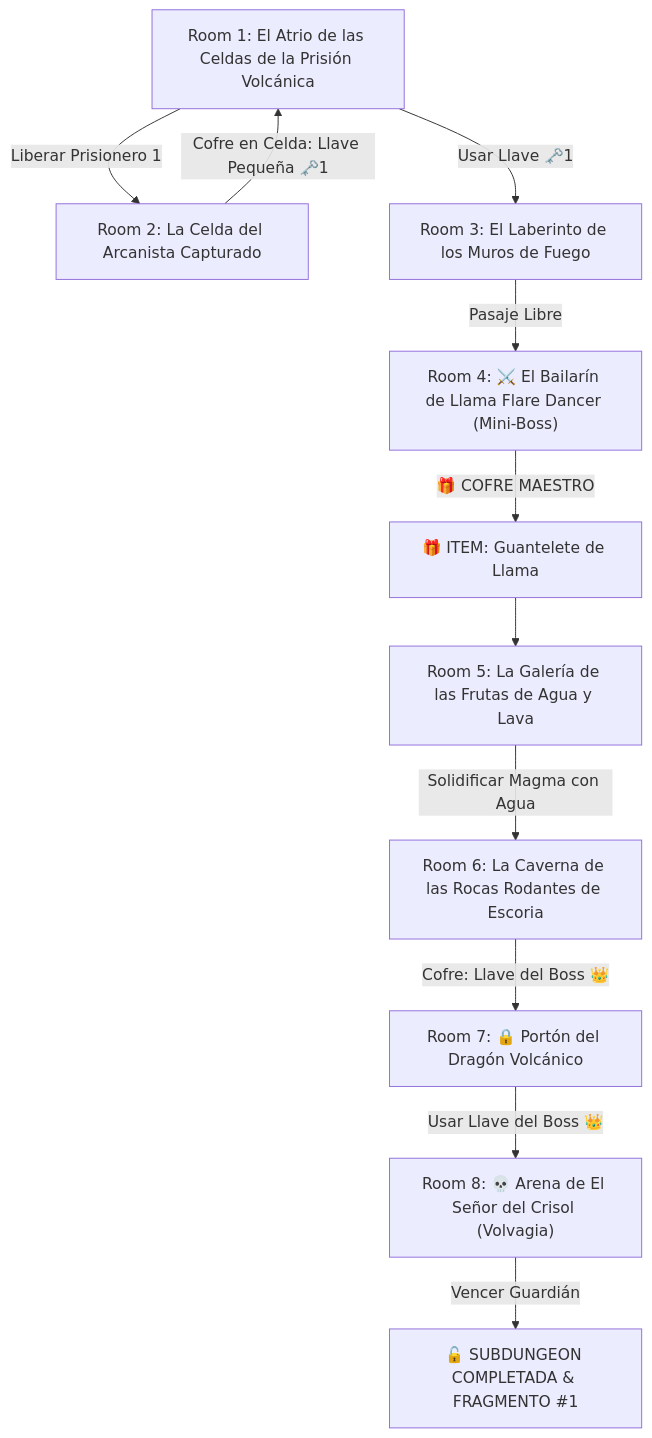
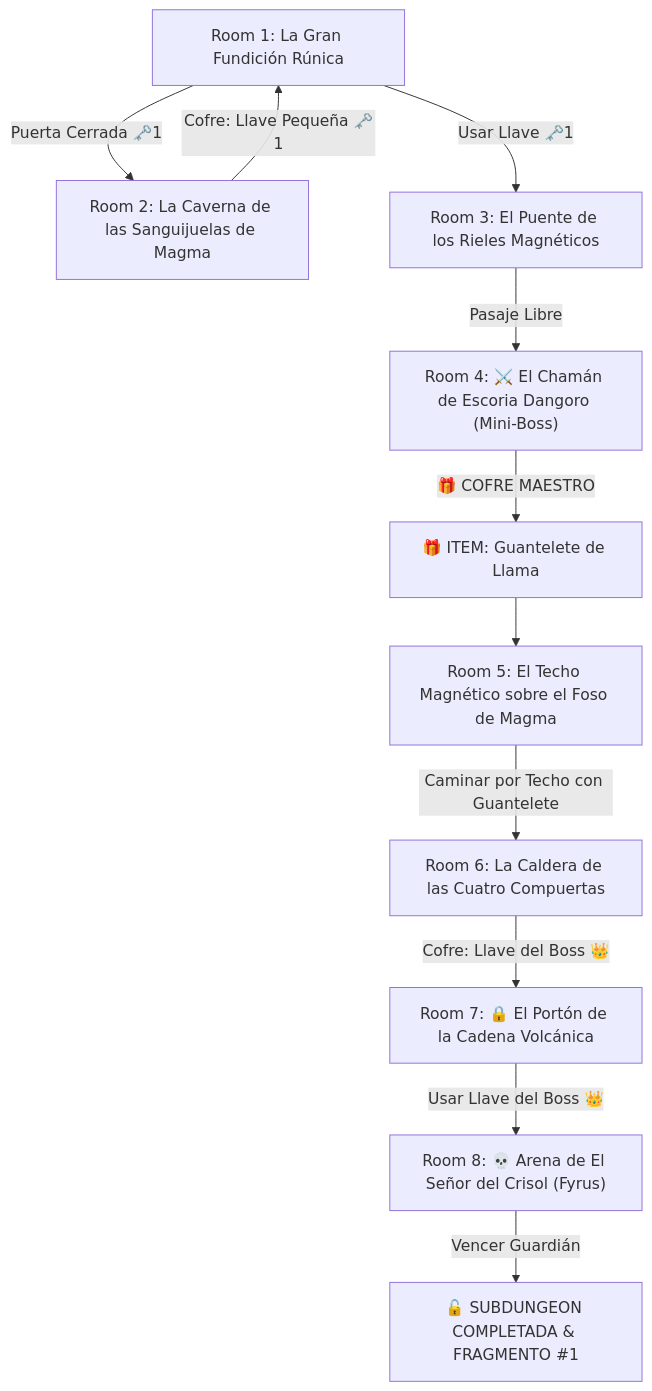
One commit to linkmati/ShivathLyss changed the diagram in 7 - DM/OneShots/ARepeat/Subdungeons/01_Subdungeon_Fuego_Caldera.md. Above: the diagram before and after it, drawn with Mermaid. The commit also changed other lines of this file and 15 other files, not shown here.

````diff
--- a/7 - DM/OneShots/ARepeat/Subdungeons/01_Subdungeon_Fuego_Caldera.md
+++ b/7 - DM/OneShots/ARepeat/Subdungeons/01_Subdungeon_Fuego_Caldera.md
@@ -14,13 +14,13 @@
 ```mermaid
 graph TD
-    S1["Room 1: El Atrio de las Celdas de la Prisión Volcánica"] -->|Liberar Prisionero 1| S2["Room 2: La Celda del Arcanista Capturado"]
-    S2 -->|Cofre en Celda: Llave Pequeña 🗝️1| S1
-    S1 -->|Usar Llave 🗝️1| S3["Room 3: El Laberinto de los Muros de Fuego"]
-    S3 -->|Pasaje Libre| S4["Room 4: ⚔️ El Bailarín de Llama Flare Dancer (Mini-Boss)"]
+    S1["Room 1: La Gran Fundición Rúnica"] -->|Puerta Cerrada 🗝️1| S2["Room 2: La Caverna de las Sanguijuelas de Magma"]
+    S2 -->|Cofre: Llave Pequeña 🗝️1| S1
+    S1 -->|Usar Llave 🗝️1| S3["Room 3: El Puente de los Rieles Magnéticos"]
+    S3 -->|Pasaje Libre| S4["Room 4: ⚔️ El Chamán de Escoria Dangoro (Mini-Boss)"]
     S4 -->|🎁 COFRE MAESTRO| Item["🎁 ITEM: Guantelete de Llama"]
-    Item --> S5["Room 5: La Galería de las Frutas de Agua y Lava"]
-    S5 -->|Solidificar Magma con Agua| S6["Room 6: La Caverna de las Rocas Rodantes de Escoria"]
-    S6 -->|Cofre: Llave del Boss 👑| S7["Room 7: 🔒 Portón del Dragón Volcánico"]
-    S7 -->|Usar Llave del Boss 👑| S8["Room 8: 💀 Arena de El Señor del Crisol (Volvagia)"]
+    Item --> S5["Room 5: El Techo Magnético sobre el Foso de Magma"]
+    S5 -->|Caminar por Techo con Guantelete| S6["Room 6: La Caldera de las Cuatro Compuertas"]
+    S6 -->|Cofre: Llave del Boss 👑| S7["Room 7: 🔒 El Portón de la Cadena Volcánica"]
+    S7 -->|Usar Llave del Boss 👑| S8["Room 8: 💀 Arena de El Señor del Crisol (Fyrus)"]
     S8 -->|Vencer Guardián| Win["🔓 SUBDUNGEON COMPLETADA & FRAGMENTO #1"]
 ```
````
